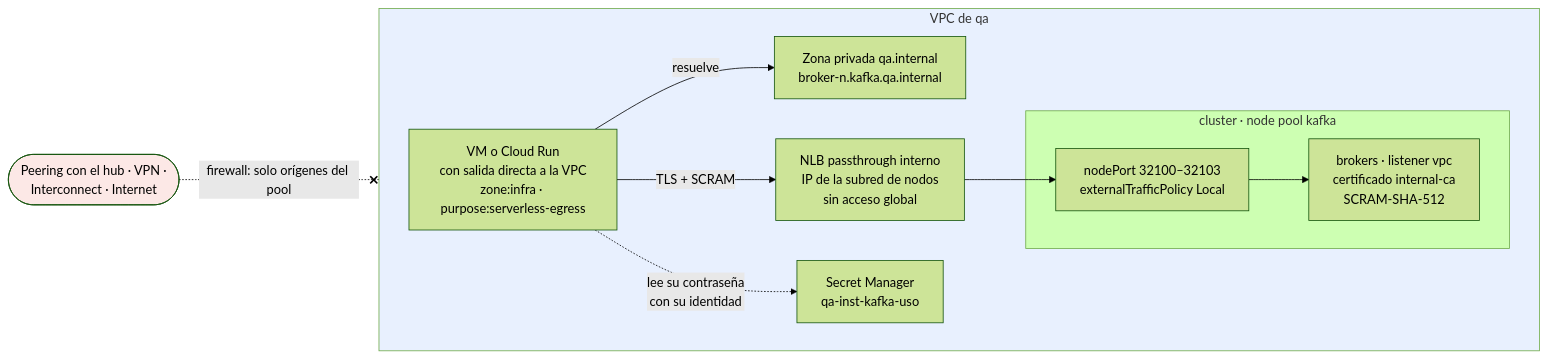
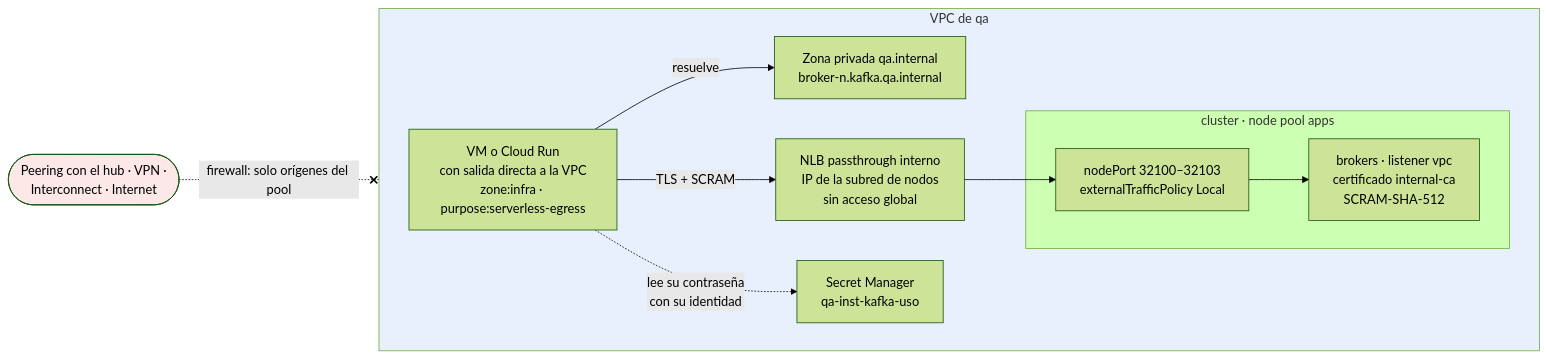
The diagram in docs/es/proposals/kafka-qa/diagrams/07-acceso-vpc.mmd (aescanero/proposal_documents), drawn with Mermaid (forest theme) before and after one commit. The commit also changed 55 other files, not shown here.

First line of the commit message:
Two node pools per cluster: system and apps (es and en)

```diff
--- a/docs/es/proposals/kafka-qa/diagrams/07-acceso-vpc.mmd
+++ b/docs/es/proposals/kafka-qa/diagrams/07-acceso-vpc.mmd
@@ -1,22 +1,22 @@
 flowchart LR
     subgraph VPC["VPC de qa"]
         direction LR
         VM["VM o Cloud Run<br/>con salida directa a la VPC<br/>zone:infra · purpose:serverless-egress"]
         DNS["Zona privada qa.internal<br/>broker-n.kafka.qa.internal"]
         ILB["NLB passthrough interno<br/>IP de la subred de nodos<br/>sin acceso global"]
-        subgraph GKE["cluster · node pool kafka"]
+        subgraph GKE["cluster · node pool apps"]
             NP["nodePort 32100–32103<br/>externalTrafficPolicy Local"]
             BR["brokers · listener vpc<br/>certificado internal-ca<br/>SCRAM-SHA-512"]
         end
         SM["Secret Manager<br/>qa-inst-kafka-uso"]
     end
     OUT(["Peering con el hub · VPN ·<br/>Interconnect · Internet"])
 
     VM -->|"resuelve"| DNS
     VM -->|"TLS + SCRAM"| ILB
     ILB --> NP --> BR
     VM -. "lee su contraseña<br/>con su identidad" .-> SM
     OUT -.-x|"firewall: solo orígenes del pool"| ILB
 
     style OUT fill:#fce8e6
     style VPC fill:#e8f0fe
```
